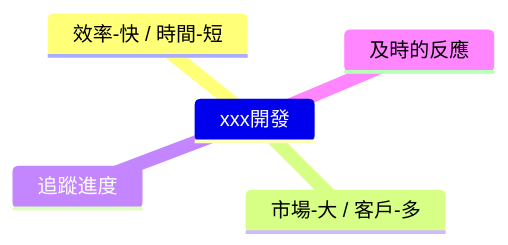
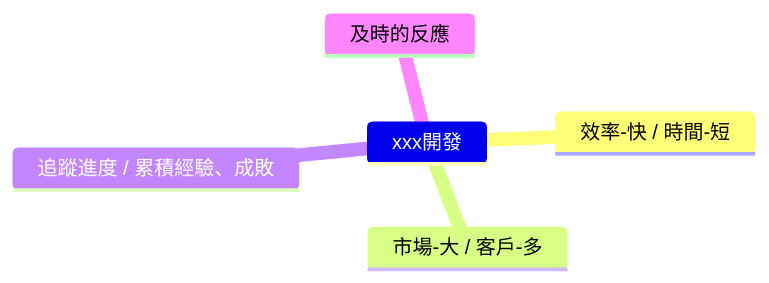
The third of 3 diagrams in helper_DevelopmentandManage.md (lankahsu520/HelperX), drawn with Mermaid before and after one commit. The commit also changed other lines of this file, not shown here.

````diff
--- a/helper_DevelopmentandManage.md
+++ b/helper_DevelopmentandManage.md
@@ -260,8 +360,8 @@
 ```mermaid
 mindmap
 	xxx開發
 		效率-快 / 時間-短
 		市場-大 / 客戶-多
-		追蹤進度
+		追蹤進度 / 累積經驗、成敗
 		及時的反應
 ```
````
